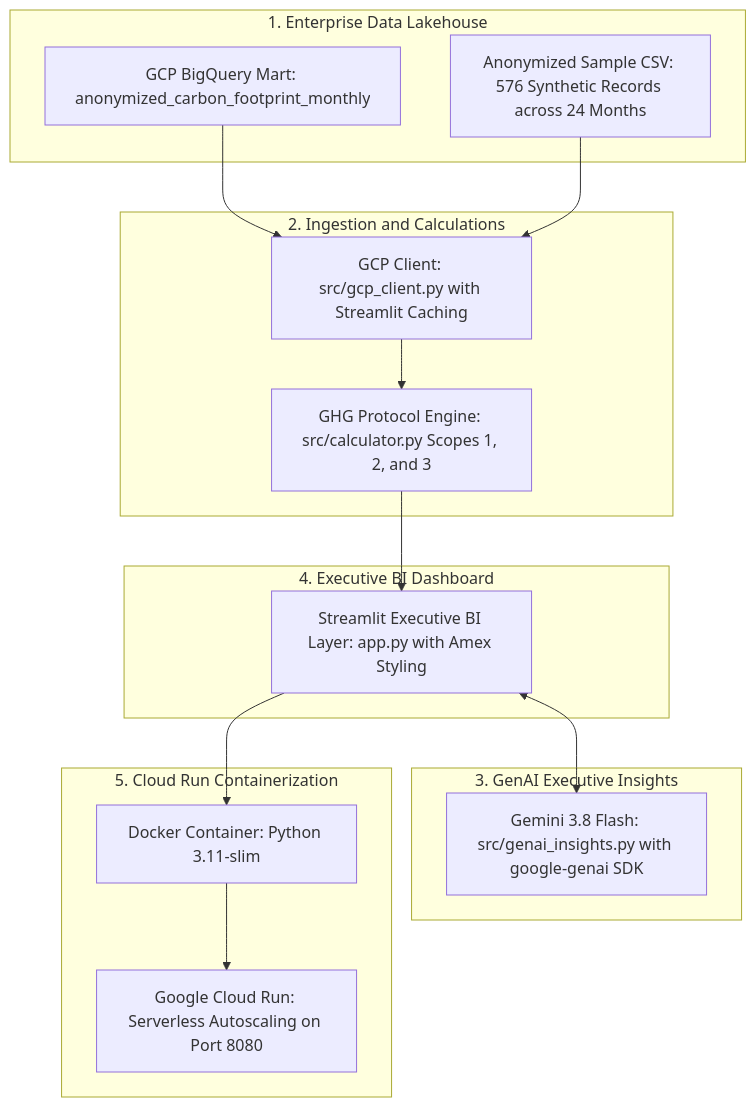
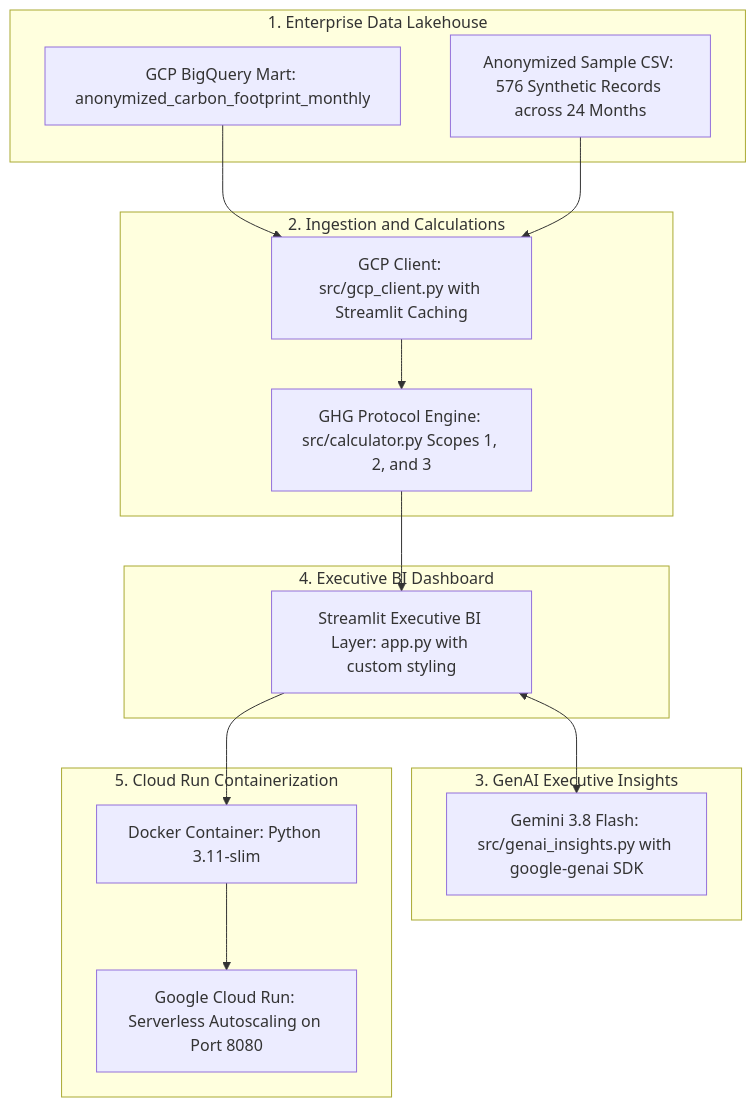
The diagram in README.md (niks1503/carbon-analytics-dashboard), drawn with Mermaid before and after one commit. The commit also changed other lines of this file and 5 other files, not shown here.

````diff
--- a/README.md
+++ b/README.md
@@ -19,33 +19,33 @@
 ```mermaid
 graph TD
     subgraph DataTier [1. Enterprise Data Lakehouse]
         BQ[GCP BigQuery Mart: anonymized_carbon_footprint_monthly]
         CSV[Anonymized Sample CSV: 576 Synthetic Records across 24 Months]
     end
 
     subgraph ServiceTier [2. Ingestion and Calculations]
         GCP_CLIENT[GCP Client: src/gcp_client.py with Streamlit Caching]
         CALC[GHG Protocol Engine: src/calculator.py Scopes 1, 2, and 3]
     end
 
     subgraph IntelligenceTier [3. GenAI Executive Insights]
         GENAI[Gemini 3.8 Flash: src/genai_insights.py with google-genai SDK]
     end
 
     subgraph PresentationTier [4. Executive BI Dashboard]
-        UI[Streamlit Executive BI Layer: app.py with Amex Styling]
+        UI[Streamlit Executive BI Layer: app.py with custom styling]
     end
 
     subgraph DeploymentTier [5. Cloud Run Containerization]
         DOCKER[Docker Container: Python 3.11-slim]
         CLOUD_RUN[Google Cloud Run: Serverless Autoscaling on Port 8080]
     end
 
     BQ --> GCP_CLIENT
     CSV --> GCP_CLIENT
     GCP_CLIENT --> CALC
     CALC --> UI
     UI <--> GENAI
     UI --> DOCKER
     DOCKER --> CLOUD_RUN
 ```
````
